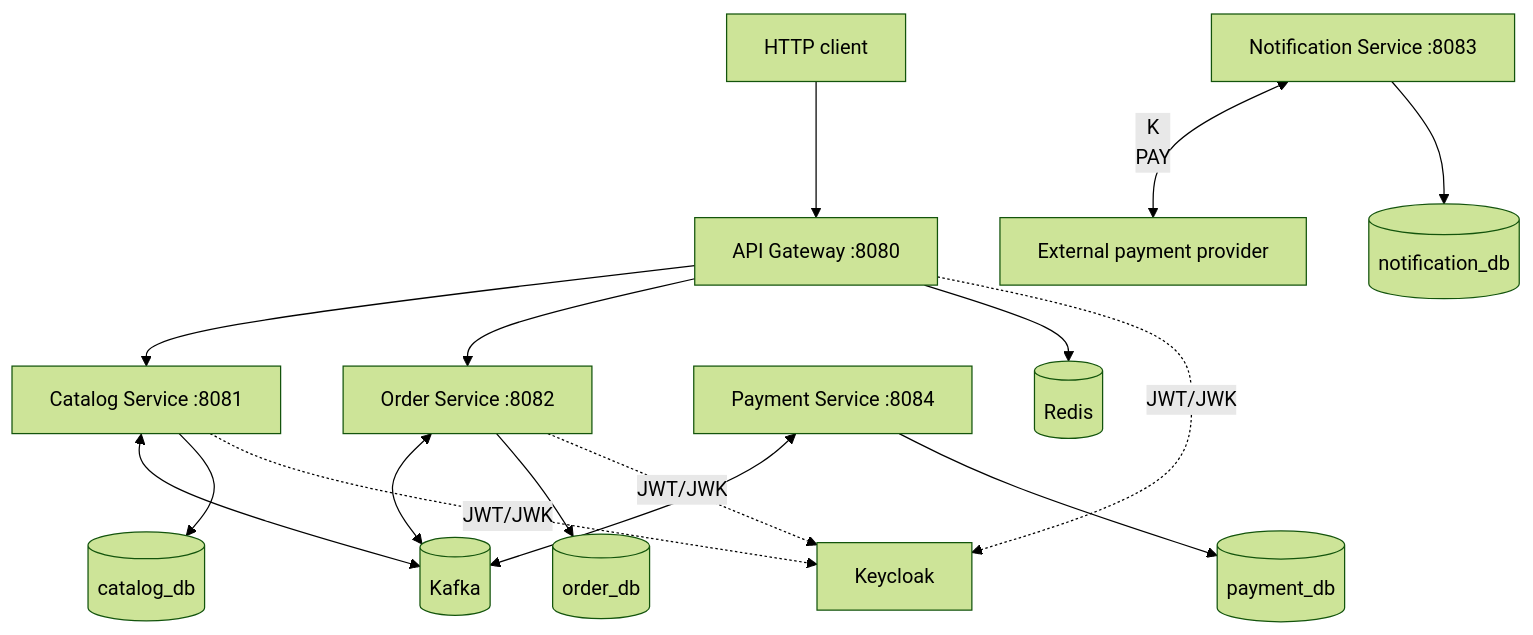
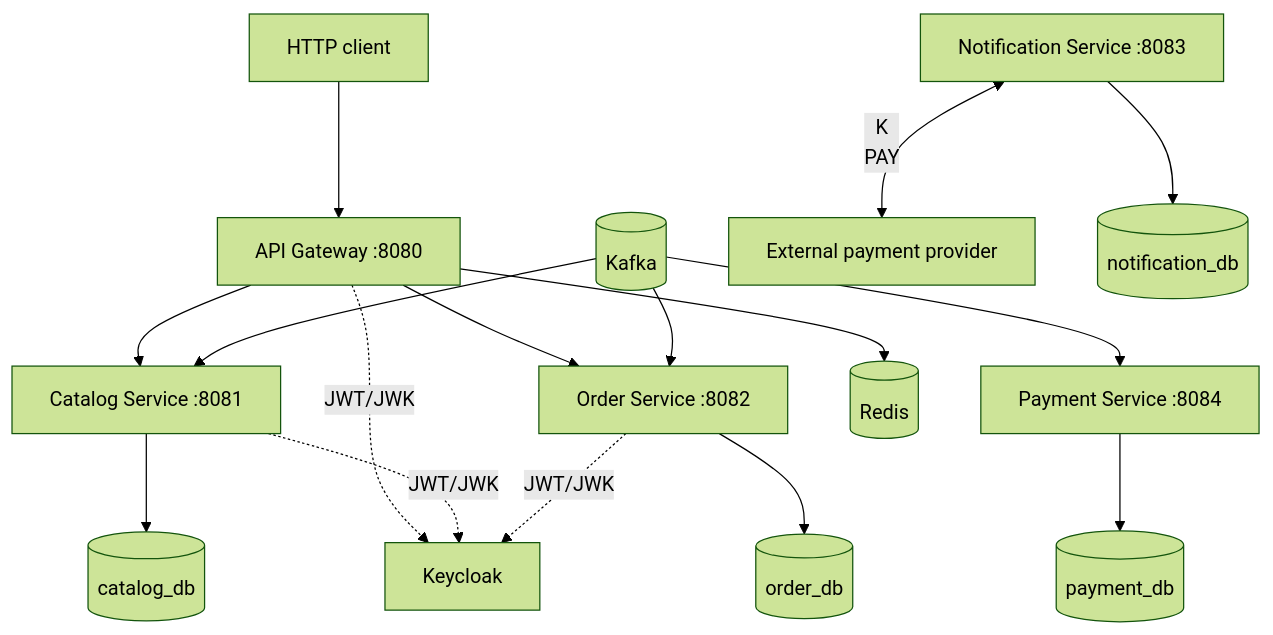
The diagram in README.md (sergeykremnev8888/ticket-craft), drawn with Mermaid (forest theme) before and after one commit. The commit also changed other lines of this file and 1 other file, not shown here.

Commit message:
payment: document Payment Service CDC delivery and update the project architecture

````diff
--- a/README.md
+++ b/README.md
@@ -17,19 +17,19 @@
 ```mermaid
 flowchart TD
     Client[HTTP client] --> GW[API Gateway :8080]
     GW --> CAT[Catalog Service :8081]
     GW --> ORD[Order Service :8082]
-    ORD <--> K[(Kafka)]
-    CAT <--> K
-    PAY[Payment Service :8084] <--> K
+    K[(Kafka)] --> ORD
+    K --> CAT
+    K --> PAY[Payment Service :8084]
     NOT[Notification Service :8083] <-- K
     PAY --> Provider[External payment provider]
     CAT --> CDB[(catalog_db)]
     ORD --> ODB[(order_db)]
     PAY --> PDB[(payment_db)]
     NOT --> NDB[(notification_db)]
     GW --> Redis[(Redis)]
     GW -. JWT/JWK .-> KC[Keycloak]
     CAT -. JWT/JWK .-> KC
     ORD -. JWT/JWK .-> KC
 ```
````
